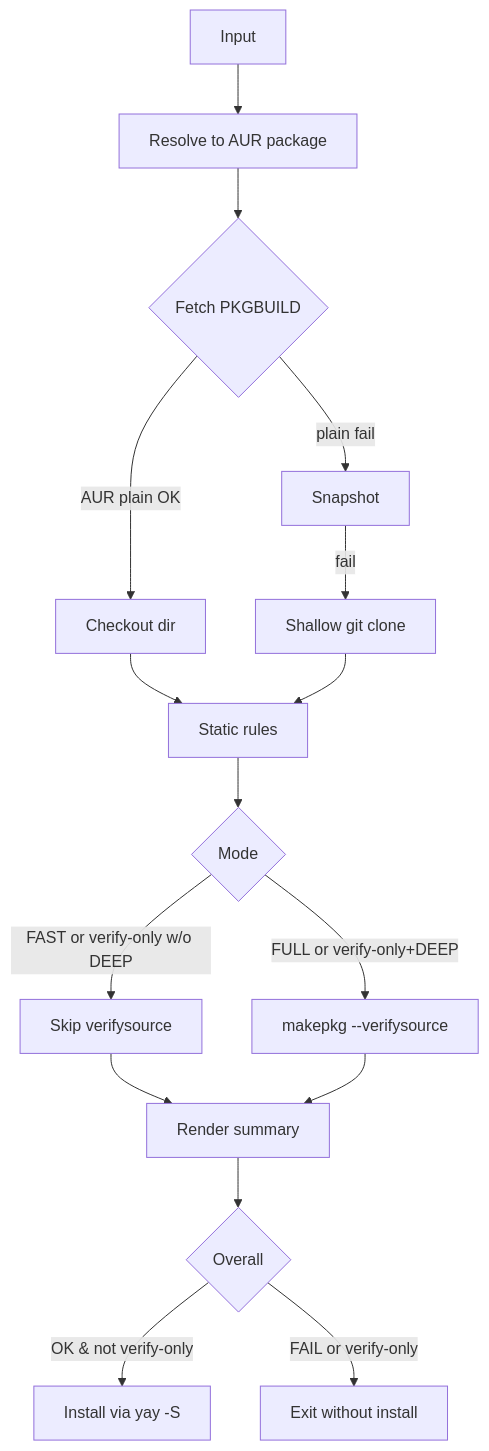
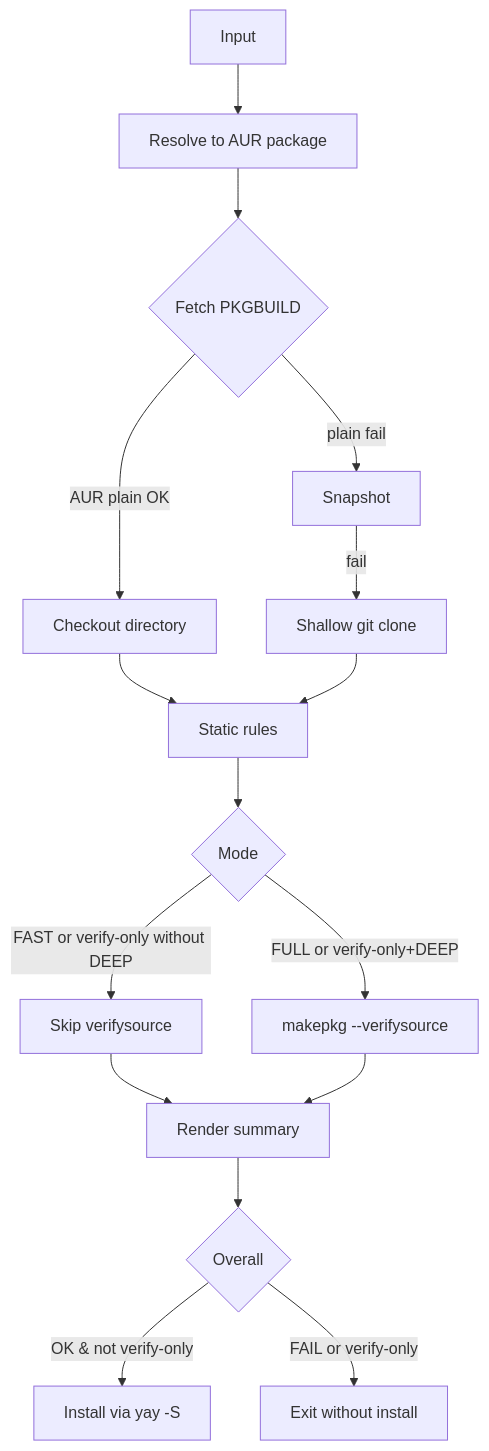
Before and after one commit to LuigiD5555/aur_scanner: the first of 15 diagrams in docs/developer/README.dev.md, drawn with Mermaid. The commit also changed other lines of this file and 1 other file, not shown here.

````diff
--- a/docs/developer/README.dev.md
+++ b/docs/developer/README.dev.md
@@ -12,18 +17,18 @@
 ```mermaid
 flowchart TD
     A[Input] --> B[Resolve to AUR package]
     B --> C{Fetch PKGBUILD}
-    C -->|AUR plain OK| D[Checkout dir]
+    C -->|AUR plain OK| D[Checkout directory]
     C -->|plain fail| E[Snapshot]
     E -->|fail| F[Shallow git clone]
     D --> G[Static rules]
     F --> G
     G --> H{Mode}
-    H -->|FAST or verify-only w/o DEEP| I[Skip verifysource]
+    H -->|FAST or verify-only without DEEP| I[Skip verifysource]
     H -->|FULL or verify-only+DEEP| J[makepkg --verifysource]
     I --> K[Render summary]
     J --> K
     K --> L{Overall}
     L -->|OK & not verify-only| M[Install via yay -S]
     L -->|FAIL or verify-only| N[Exit without install]
 ```
````
